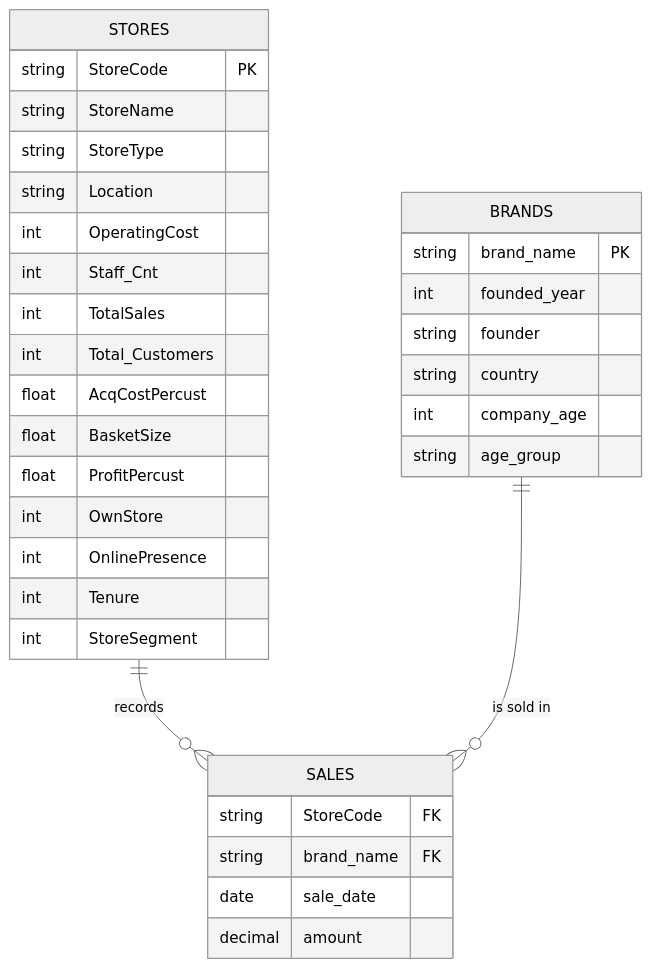
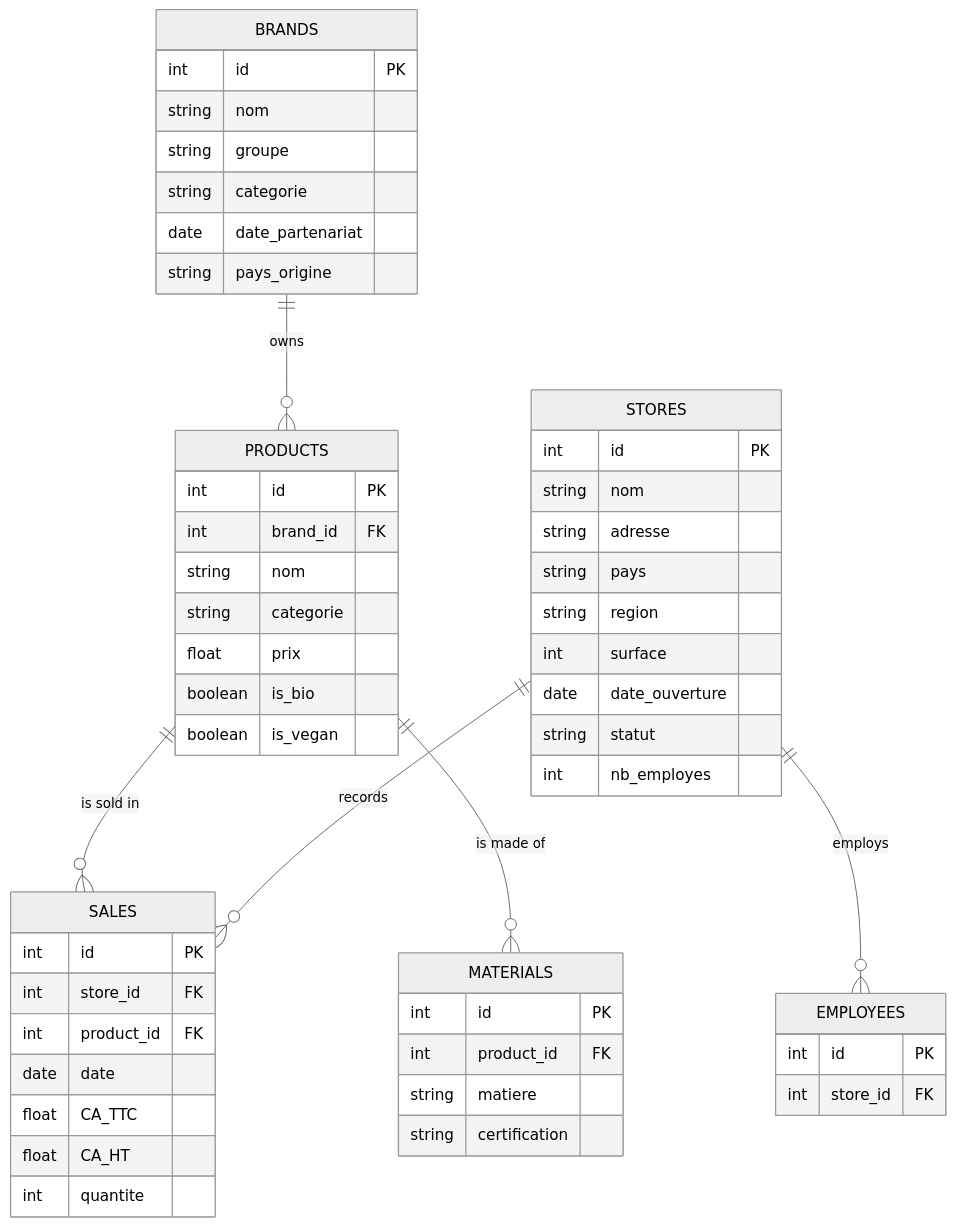
The diagram in README.md (mohamedchaieb98/gcp-data-eng-project), drawn with Mermaid (neutral theme) before and after one commit. The commit also changed other lines of this file and 5 other files, not shown here.

````diff
--- a/README.md
+++ b/README.md
@@ -17,37 +17,56 @@
 ```mermaid
 erDiagram
+  BRANDS ||--o{ PRODUCTS : "owns"
+  PRODUCTS ||--o{ SALES : "is sold in"
   STORES ||--o{ SALES : "records"
-  BRANDS ||--o{ SALES : "is sold in"
+  PRODUCTS ||--o{ MATERIALS : "is made of"
+  STORES ||--o{ EMPLOYEES : "employs"
 
+  BRANDS {
+    int id PK
+    string nom
+    string groupe
+    string categorie
+    date date_partenariat
+    string pays_origine
+  }
   STORES {
-    string StoreCode PK
-    string StoreName
-    string StoreType
-    string Location
-    int OperatingCost
-    int Staff_Cnt
-    int TotalSales
-    int Total_Customers
-    float AcqCostPercust
-    float BasketSize
-    float ProfitPercust
-    int OwnStore
-    int OnlinePresence
-    int Tenure
-    int StoreSegment
+    int id PK
+    string nom
+    string adresse
+    string pays
+    string region
+    int surface
+    date date_ouverture
+    string statut
+    int nb_employes
   }
-  BRANDS {
-    string brand_name PK
-    int founded_year
-    string founder
-    string country
-    int company_age
-    string age_group
+  PRODUCTS {
+    int id PK
+    int brand_id FK
+    string nom
+    string categorie
+    float prix
+    boolean is_bio
+    boolean is_vegan
   }
   SALES {
-    string StoreCode FK
-    string brand_name FK
-    date sale_date
-    decimal amount
+    int id PK
+    int store_id FK
+    int product_id FK
+    date date
+    float CA_TTC
+    float CA_HT
+    int quantite
+  }
+  MATERIALS {
+    int id PK
+    int product_id FK
+    string matiere
+    string certification
+  }
+  EMPLOYEES {
+    int id PK
+    int store_id FK
   }
 ```
````
